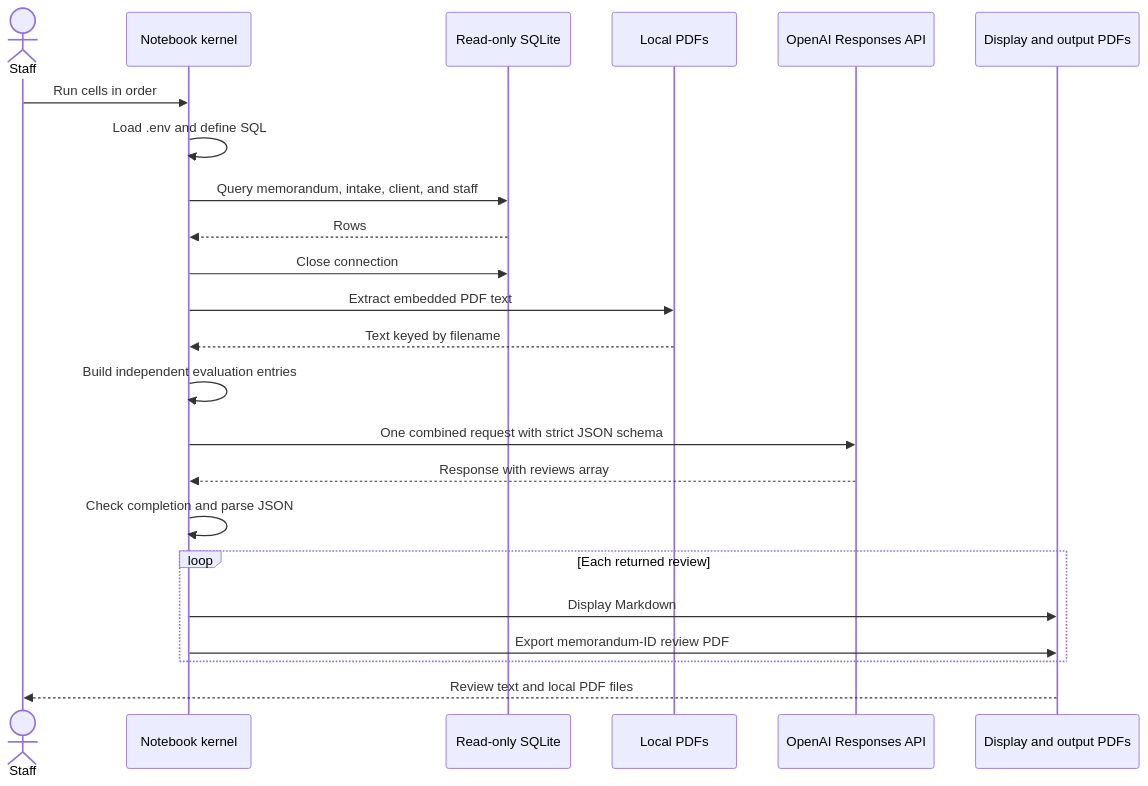
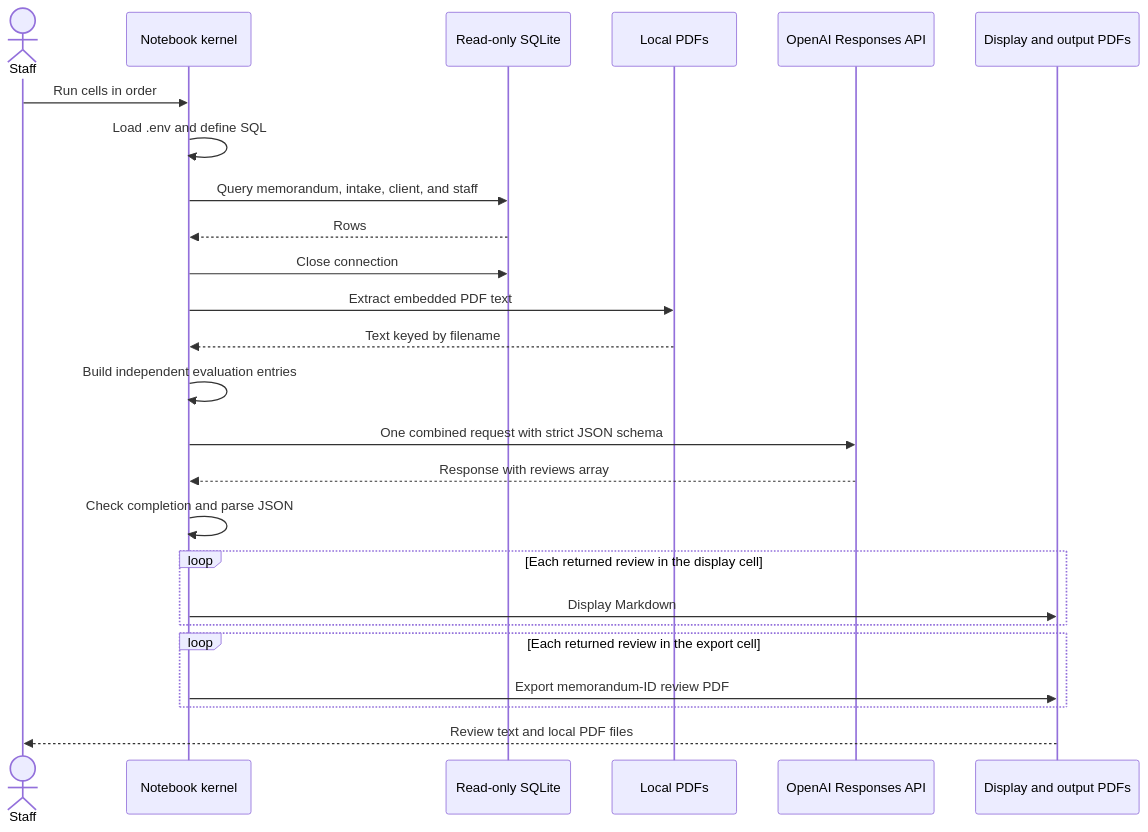
Diagram 13 of 13 in DESIGN.md (jamesabrannan/lawfirm-intake-project), drawn with Mermaid before and after one commit. The commit also changed other lines of this file, not shown here.

````diff
--- a/DESIGN.md
+++ b/DESIGN.md
@@ -586,25 +586,27 @@
 ```mermaid
 sequenceDiagram
     actor Staff
     participant NB as Notebook kernel
     participant DB as Read-only SQLite
     participant Docs as Local PDFs
     participant AI as OpenAI Responses API
     participant Out as Display and output PDFs
     Staff->>NB: Run cells in order
     NB->>NB: Load .env and define SQL
     NB->>DB: Query memorandum, intake, client, and staff
     DB-->>NB: Rows
     NB->>DB: Close connection
     NB->>Docs: Extract embedded PDF text
     Docs-->>NB: Text keyed by filename
     NB->>NB: Build independent evaluation entries
     NB->>AI: One combined request with strict JSON schema
     AI-->>NB: Response with reviews array
     NB->>NB: Check completion and parse JSON
-    loop Each returned review
+    loop Each returned review in the display cell
         NB->>Out: Display Markdown
+    end
+    loop Each returned review in the export cell
         NB->>Out: Export memorandum-ID review PDF
     end
     Out-->>Staff: Review text and local PDF files
 ```
````
